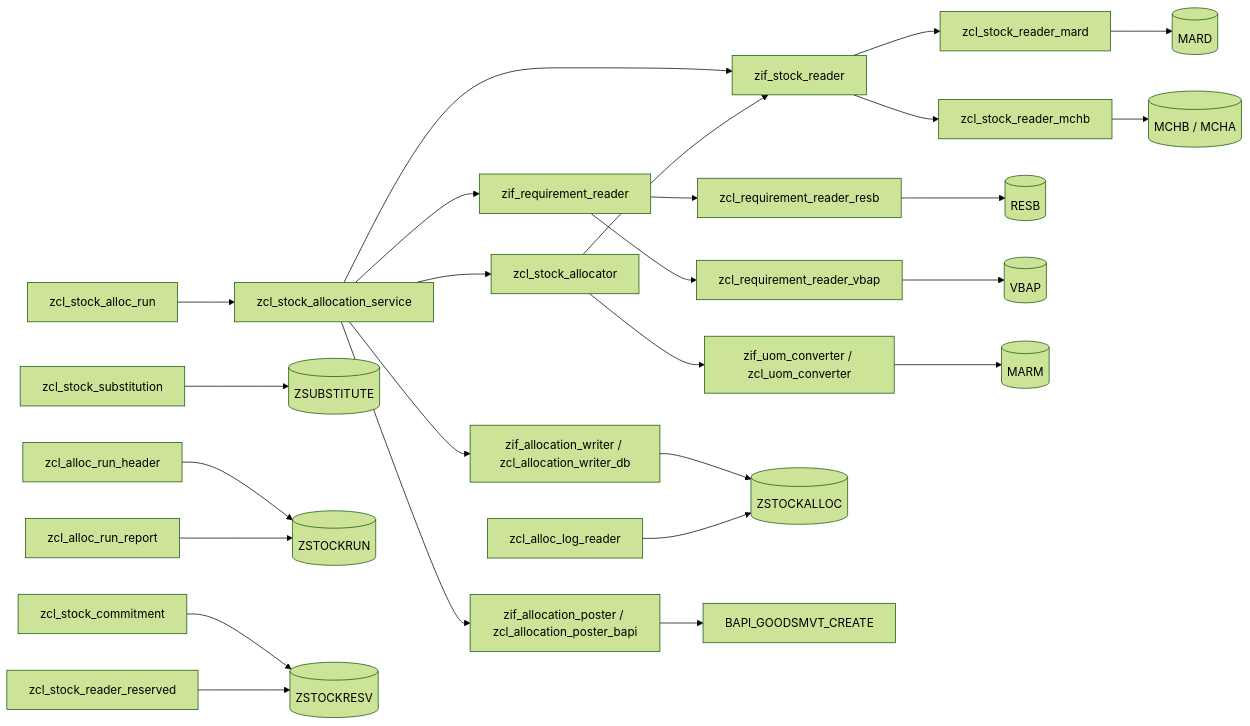
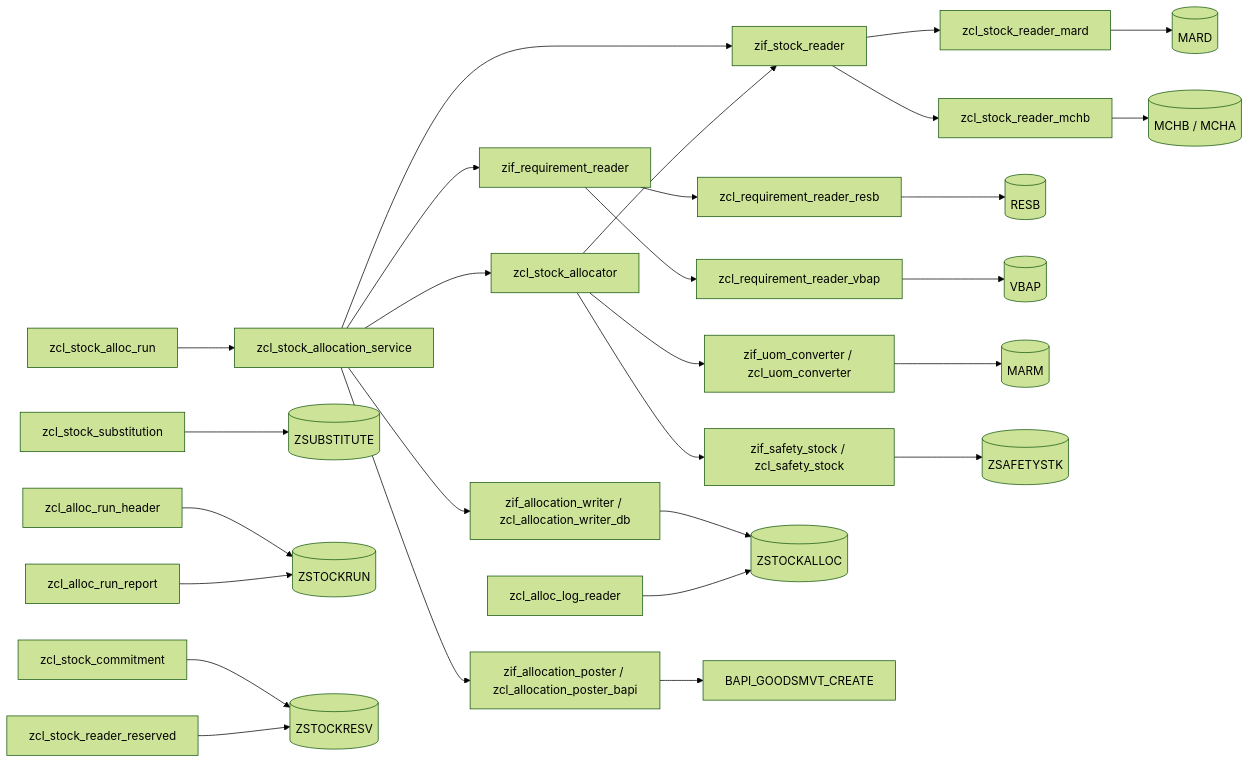
Before and after one commit to larshp/stock-allocation-fun: the diagram in README.md, drawn with Mermaid (forest theme). The commit also changed other lines of this file and 22 other files, not shown here.

````diff
--- a/README.md
+++ b/README.md
@@ -37,47 +37,50 @@
 ```mermaid
 flowchart LR
   SVC[zcl_stock_allocation_service]
   SR[zif_stock_reader]
   SRM[zcl_stock_reader_mard]
   SRB[zcl_stock_reader_mchb]
   RR[zif_requirement_reader]
   RRS[zcl_requirement_reader_resb]
   RRV[zcl_requirement_reader_vbap]
   AL[zcl_stock_allocator]
   UC[zif_uom_converter / zcl_uom_converter]
   WR[zif_allocation_writer / zcl_allocation_writer_db]
   PO[zif_allocation_poster / zcl_allocation_poster_bapi]
   RUN[zcl_stock_alloc_run]
   LR[zcl_alloc_log_reader]
   SUB[zcl_stock_substitution]
   RH[zcl_alloc_run_header]
   RRPT[zcl_alloc_run_report]
   CMT[zcl_stock_commitment]
   RSRV[zcl_stock_reader_reserved]
+  SAFE[zif_safety_stock / zcl_safety_stock]
 
   RUN --> SVC
   SVC --> SR
   SVC --> RR
   SVC --> AL
   SVC --> WR
   SVC --> PO
   AL --> SR
   AL --> UC
   SR --> SRM
   SR --> SRB
   RR --> RRS
   RR --> RRV
   SRM --> MARD[(MARD)]
   SRB --> MCHB[(MCHB / MCHA)]
   RRS --> RESB[(RESB)]
   RRV --> VBAP[(VBAP)]
   UC --> MARM[(MARM)]
   WR --> LOG[(ZSTOCKALLOC)]
   LR --> LOG[(ZSTOCKALLOC)]
   SUB --> ZSUB[(ZSUBSTITUTE)]
   RH --> ZRUN[(ZSTOCKRUN)]
   RRPT --> ZRUN[(ZSTOCKRUN)]
   CMT --> RESV[(ZSTOCKRESV)]
   RSRV --> RESV[(ZSTOCKRESV)]
+  AL --> SAFE
+  SAFE --> SAFET[(ZSAFETYSTK)]
   PO --> BAPI[BAPI_GOODSMVT_CREATE]
 ```
````
